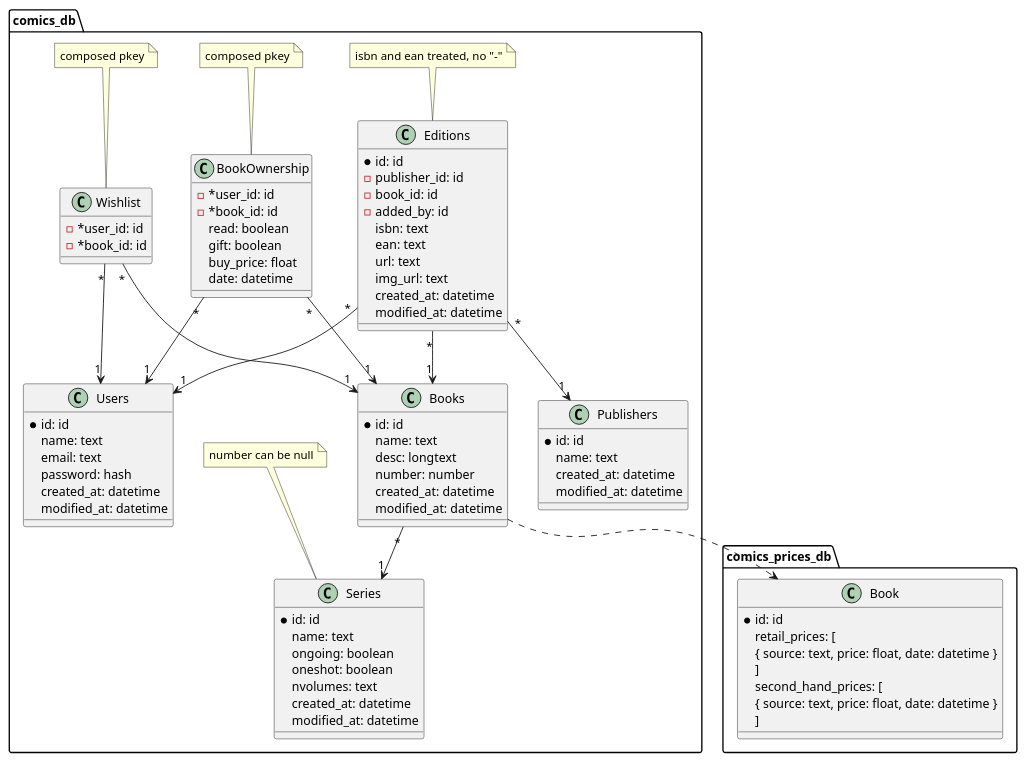
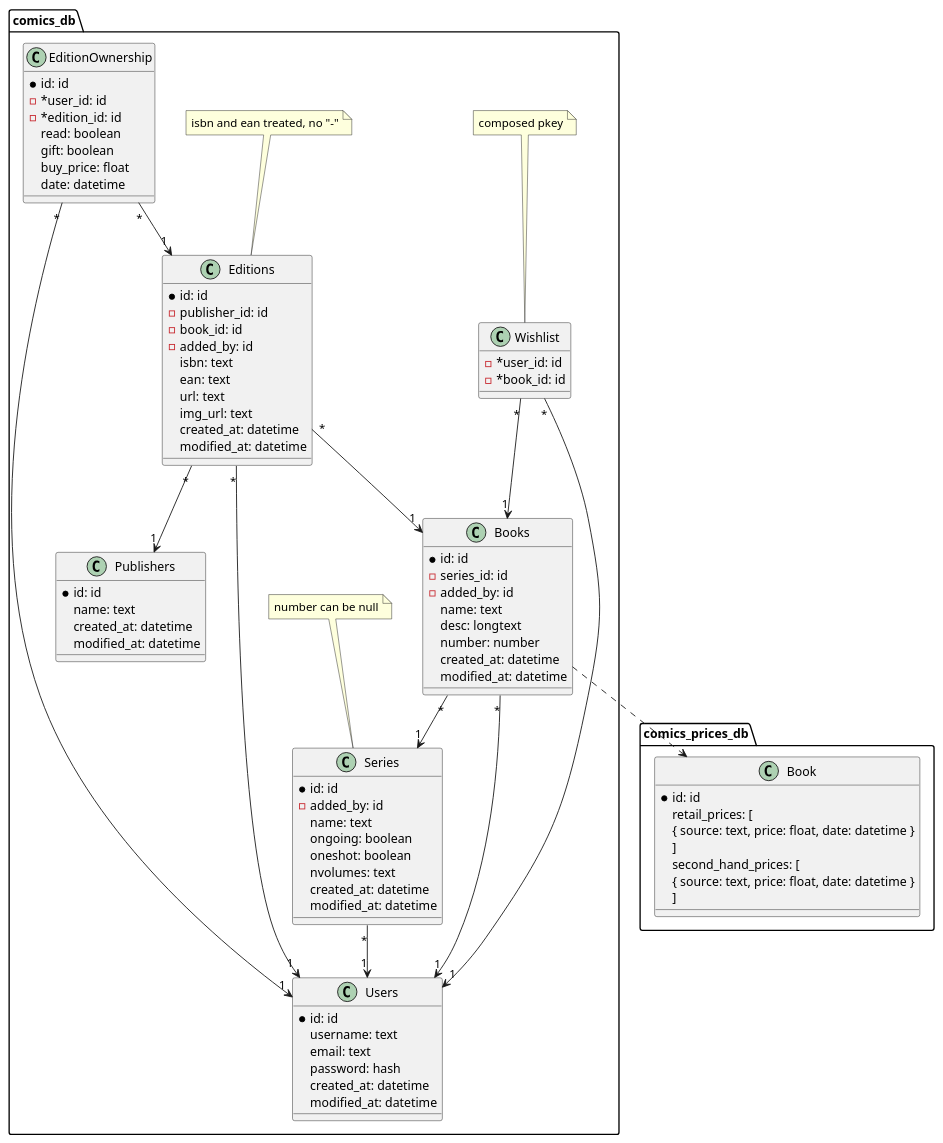
One commit to StutenEXE/comics-engineering changed the diagram in db/mcd.puml. Above: the diagram before and after it, drawn with PlantUML. The commit also changed 8 other files, not shown here.

```diff
--- a/db/mcd.puml
+++ b/db/mcd.puml
@@ -1,97 +1,102 @@
 @startuml mcd comics engineering
 
 package comics_db {
     class Users {
         *id: id
-        name: text
+        username: text
         email: text
         password: hash
         created_at: datetime
         modified_at: datetime
     }
 
     class Books {
         *id: id
+        -series_id: id
+        -added_by: id
         name: text
         desc: longtext
         number: number
         created_at: datetime
         modified_at: datetime
     }
 
     class Editions {
         *id: id
         -publisher_id: id
         -book_id: id
         -added_by: id
         isbn: text
         ean: text
         url: text
         img_url: text
         created_at: datetime
         modified_at: datetime
     }
     note top: isbn and ean treated, no "-"
 
     class Series {
         *id: id
+        -added_by: id
         name: text
         ongoing: boolean
         oneshot: boolean
         nvolumes: text
         created_at: datetime
         modified_at: datetime
     }
     note top: number can be null
 
     class Publishers {
         *id: id
         name: text
         created_at: datetime
         modified_at: datetime
     }
 	
-	class BookOwnership {
+	class EditionOwnership {
+        *id: id
         - *user_id: id
-        - *book_id: id
+        - *edition_id: id
         read: boolean
         gift: boolean
         buy_price: float
         date: datetime
     }
-    note top: composed pkey
 
     class Wishlist {
         - *user_id: id
         - *book_id: id
     }
     note top: composed pkey
 }
 
 package comics_prices_db {
     class Book {
         *id: id
         retail_prices: [
             { source: text, price: float, date: datetime }
         ]
         second_hand_prices: [
             { source: text, price: float, date: datetime }
         ]
     }
 }
 
-BookOwnership "*" --> "1" comics_db.Books
-BookOwnership "*" --> "1" Users
+EditionOwnership "*" --> "1" Editions
+EditionOwnership "*" --> "1" Users
 
 Wishlist "*" --> "1" comics_db.Books
 Wishlist "*" --> "1" Users
 
 Editions "*" --> "1" comics_db.Books
 Editions "*" --> "1" Publishers
 Editions "*" --> "1" Users
 
 comics_db.Books "*" --> "1" Series
-
+comics_db.Books "*" --> "1" Users
 comics_db.Books ..> comics_prices_db.Book
 
+comics_db.Series "*" --> "1" Users
+
 @enduml
```
